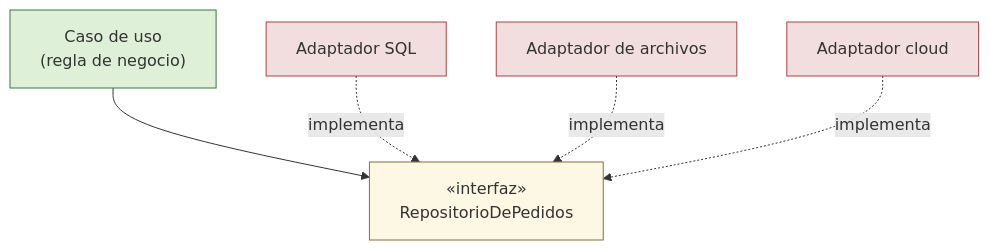
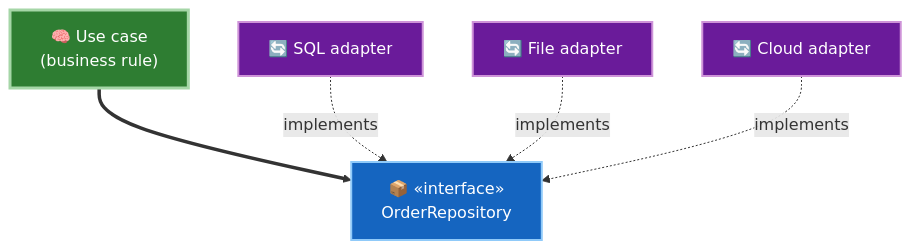
The second of 2 diagrams in 11-detalles-aplazables/01-la-base-de-datos-es-un-detalle.md (JavierMachucaA/clean-architecture-guia), drawn with Mermaid before and after one commit. The commit also changed other lines of this file and 45 other files, not shown here.

````diff
--- a/11-detalles-aplazables/01-la-base-de-datos-es-un-detalle.md
+++ b/11-detalles-aplazables/01-la-base-de-datos-es-un-detalle.md
@@ -46,12 +40,12 @@
 ```mermaid
 flowchart TD
-    UC["Caso de uso<br/>(regla de negocio)"] --> PORT["«interfaz»<br/>RepositorioDePedidos"]
-    SQL["Adaptador SQL"] -. implementa .-> PORT
-    FILE["Adaptador de archivos"] -. implementa .-> PORT
-    CLOUD["Adaptador cloud"] -. implementa .-> PORT
-    style UC fill:#dff0d8,stroke:#3c763d
-    style PORT fill:#fcf8e3,stroke:#8a6d3b
-    style SQL fill:#f2dede,stroke:#a94442
-    style FILE fill:#f2dede,stroke:#a94442
-    style CLOUD fill:#f2dede,stroke:#a94442
+    UC["🧠 Use case<br/>(business rule)"] ==> PORT["📦 «interface»<br/>OrderRepository"]
+    SQL["🔄 SQL adapter"] -. implements .-> PORT
+    FILE["🔄 File adapter"] -. implements .-> PORT
+    CLOUD["🔄 Cloud adapter"] -. implements .-> PORT
+    style UC fill:#2e7d32,stroke:#a5d6a7,color:#fff,stroke-width:3px
+    style PORT fill:#1565c0,stroke:#90caf9,color:#fff,stroke-width:2px
+    style SQL fill:#6a1b9a,stroke:#ce93d8,color:#fff,stroke-width:2px
+    style FILE fill:#6a1b9a,stroke:#ce93d8,color:#fff,stroke-width:2px
+    style CLOUD fill:#6a1b9a,stroke:#ce93d8,color:#fff,stroke-width:2px
 ```
````
